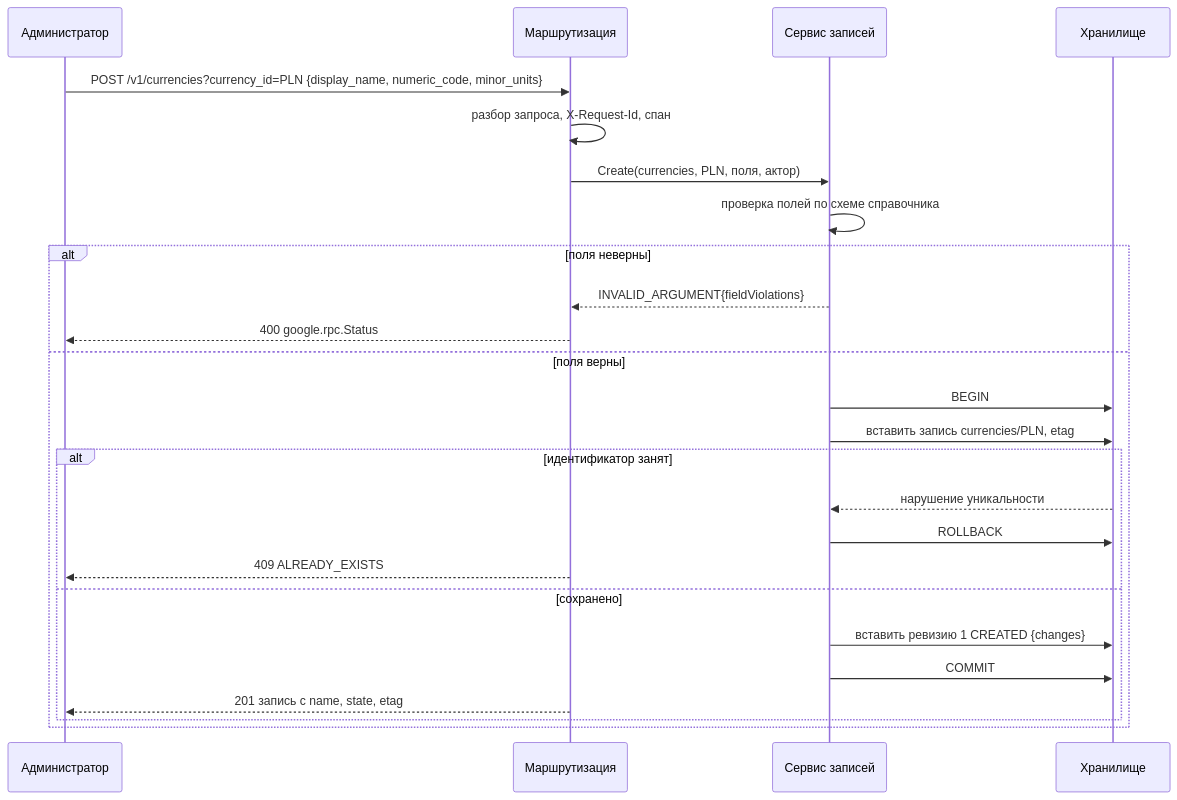
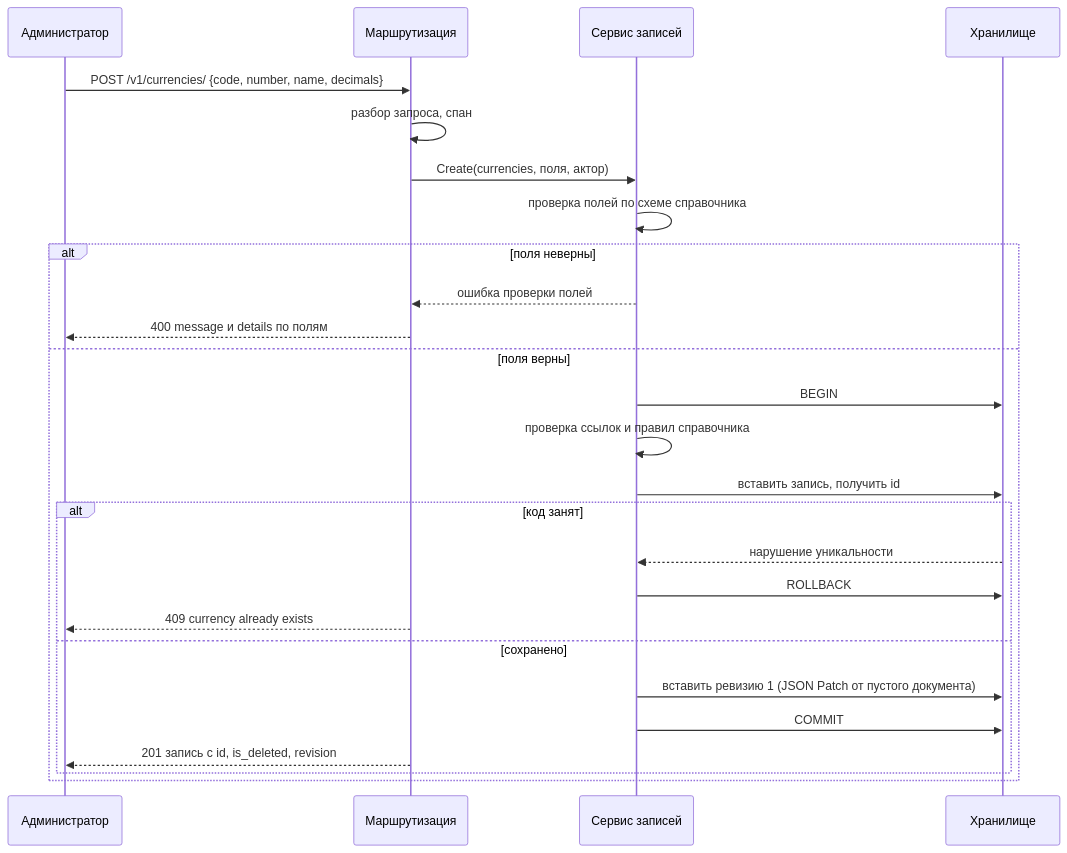
One commit to MEPhI-C22-501/arch-info-system-monorepo changed the first of 11 diagrams in reference-manager/documents/155.sequence-diagrams.md. Above: the diagram before and after it, drawn with Mermaid. The commit also changed other lines of this file and 27 other files, not shown here.

````diff
--- a/reference-manager/documents/155.sequence-diagrams.md
+++ b/reference-manager/documents/155.sequence-diagrams.md
@@ -12,27 +12,28 @@
 ```mermaid
 sequenceDiagram
     participant A as Администратор
     participant H as Маршрутизация
     participant S as Сервис записей
     participant R as Хранилище
-    A->>H: POST /v1/currencies?currency_id=PLN {display_name, numeric_code, minor_units}
-    H->>H: разбор запроса, X-Request-Id, спан
-    H->>S: Create(currencies, PLN, поля, актор)
+    A->>H: POST /v1/currencies/ {code, number, name, decimals}
+    H->>H: разбор запроса, спан
+    H->>S: Create(currencies, поля, актор)
     S->>S: проверка полей по схеме справочника
     alt поля неверны
-        S-->>H: INVALID_ARGUMENT{fieldViolations}
-        H-->>A: 400 google.rpc.Status
+        S-->>H: ошибка проверки полей
+        H-->>A: 400 message и details по полям
     else поля верны
         S->>R: BEGIN
-        S->>R: вставить запись currencies/PLN, etag
-        alt идентификатор занят
+        S->>S: проверка ссылок и правил справочника
+        S->>R: вставить запись, получить id
+        alt код занят
             R-->>S: нарушение уникальности
             S->>R: ROLLBACK
-            H-->>A: 409 ALREADY_EXISTS
+            H-->>A: 409 currency already exists
         else сохранено
-            S->>R: вставить ревизию 1 CREATED {changes}
+            S->>R: вставить ревизию 1 (JSON Patch от пустого документа)
             S->>R: COMMIT
-            H-->>A: 201 запись с name, state, etag
+            H-->>A: 201 запись с id, is_deleted, revision
         end
     end
 ```
````
